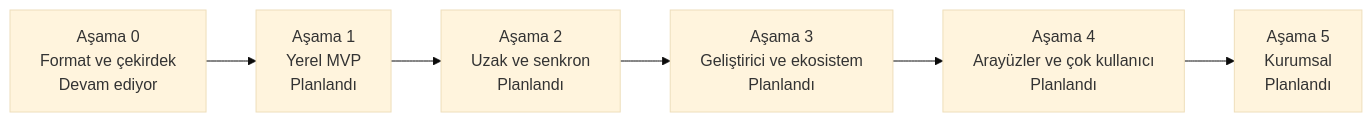
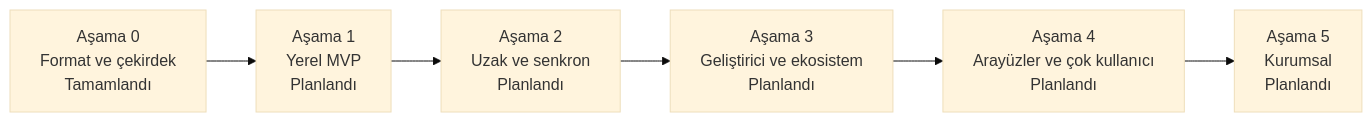
Before and after one commit to efe-clk/apeiron: the diagram in docs/ROADMAP.tr.md, drawn with Mermaid (base theme). The commit also changed other lines of this file and 4 other files, not shown here.

````diff
--- a/docs/ROADMAP.tr.md
+++ b/docs/ROADMAP.tr.md
@@ -11,10 +11,10 @@
 ```mermaid
 flowchart LR
-    S0["Aşama 0<br/>Format ve çekirdek<br/>Devam ediyor"]
+    S0["Aşama 0<br/>Format ve çekirdek<br/>Tamamlandı"]
     S1["Aşama 1<br/>Yerel MVP<br/>Planlandı"]
     S2["Aşama 2<br/>Uzak ve senkron<br/>Planlandı"]
     S3["Aşama 3<br/>Geliştirici ve ekosistem<br/>Planlandı"]
     S4["Aşama 4<br/>Arayüzler ve çok kullanıcı<br/>Planlandı"]
     S5["Aşama 5<br/>Kurumsal<br/>Planlandı"]
     S0 --> S1 --> S2 --> S3 --> S4 --> S5
 ```
````
